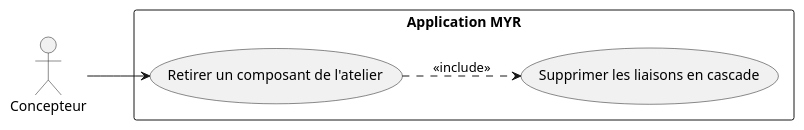
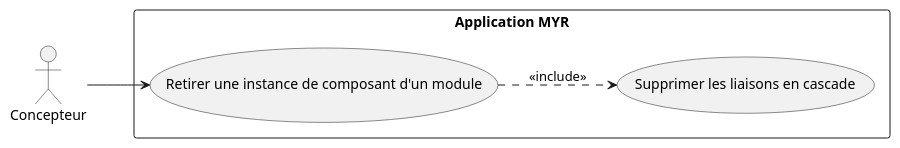
Before and after one commit to olivaux/myr: the first of 3 diagrams in specs/1-Expression/UCAM-Atelier_Module/UCAM08.md, drawn with PlantUML. The commit also changed other lines of this file and 65 other files, not shown here.

````diff
--- a/specs/1-Expression/UCAM-Atelier_Module/UCAM08.md
+++ b/specs/1-Expression/UCAM-Atelier_Module/UCAM08.md
@@ -14,16 +14,16 @@
 ```plantuml
 @startuml
 left to right direction
 
 actor "Concepteur" as C
 
 rectangle "Application MYR" {
-    usecase "Retirer un composant de l'atelier" as UC1
+    usecase "Retirer une instance de composant d'un module" as UC1
     usecase "Supprimer les liaisons en cascade" as UC2
 }
 
 C --> UC1
 UC1 ..> UC2 : <<include>>
 
 @enduml
 ```
````
